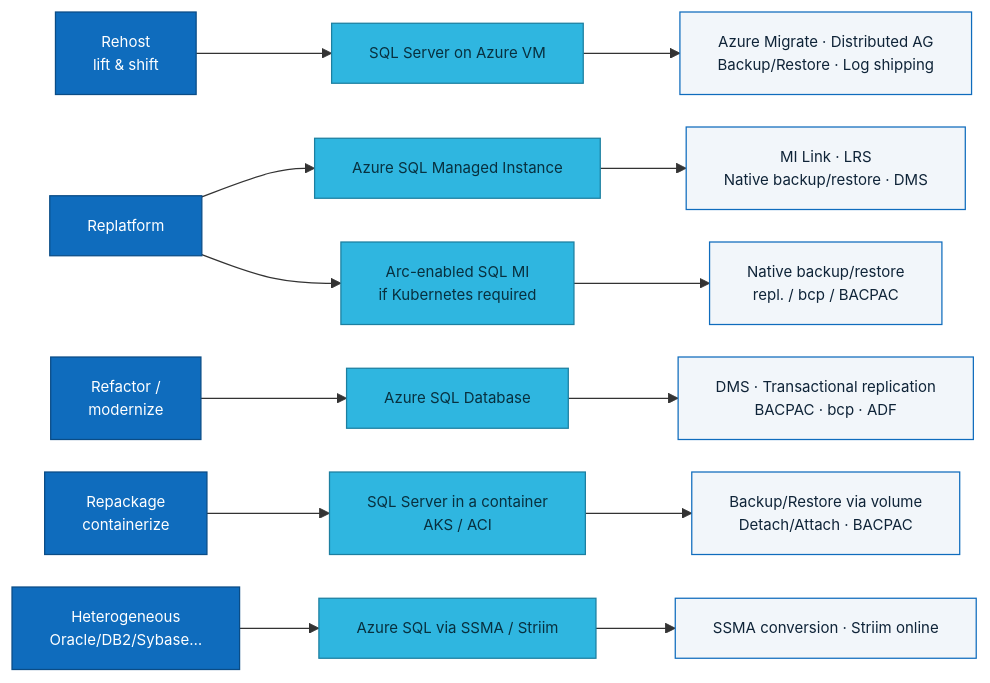
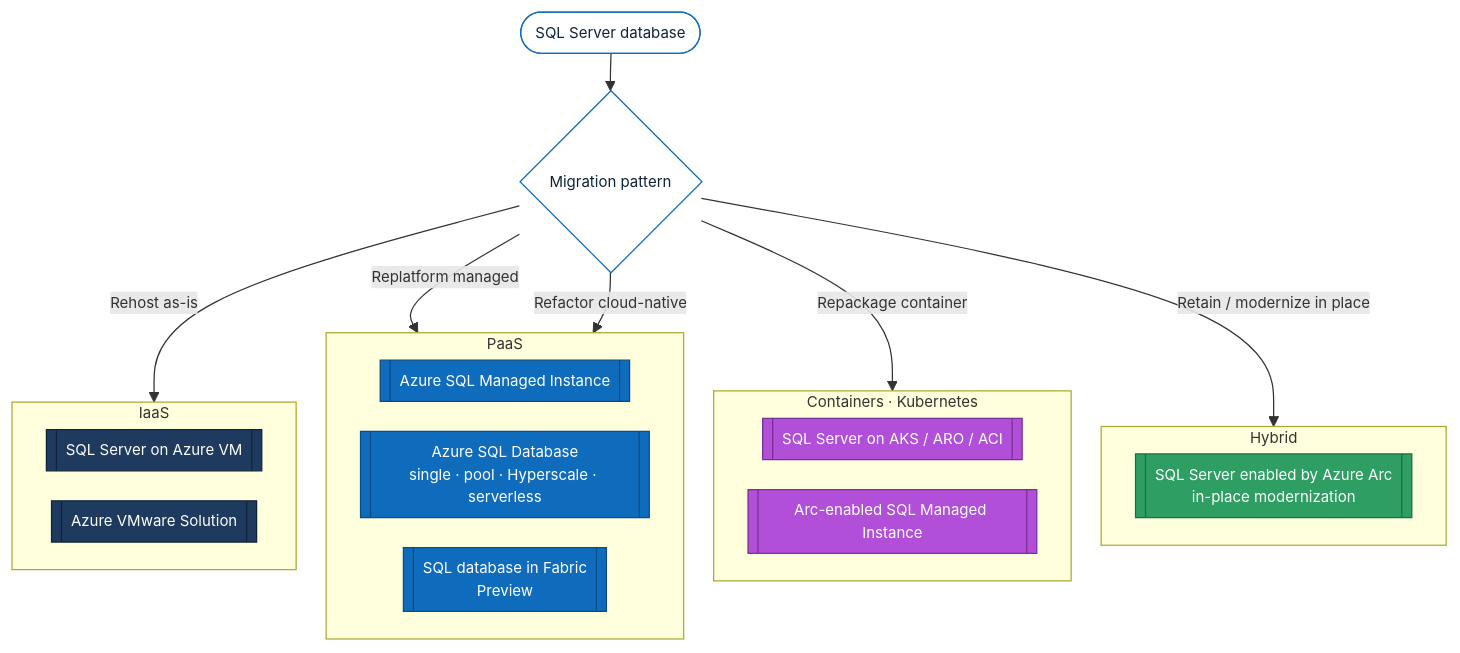
Before and after one commit to fredgis/FY27SQLMotion: the second of 3 diagrams in docs/sql-server-to-azure-migration.md, drawn with Mermaid. The commit also changed other lines of this file, not shown here.

First line of the commit message:
docs: major rewrite of SQL-to-Azure migration reference per expert audits

````diff
--- a/docs/sql-server-to-azure-migration.md
+++ b/docs/sql-server-to-azure-migration.md
@@ -148,24 +72,38 @@
 ```mermaid
-%%{init: {'flowchart': {'nodeSpacing': 26, 'rankSpacing': 60}, 'themeVariables': {'fontSize': '12px'}}}%%
-flowchart LR
-    R1[Rehost<br/>lift &amp; shift] --> T1[SQL Server on Azure VM]
-    R2[Replatform] --> T2[Azure SQL Managed Instance]
-    R2 --> T2b[Arc-enabled SQL MI<br/>if Kubernetes required]
-    R3[Refactor /<br/>modernize] --> T3[Azure SQL Database]
-    R4[Repackage<br/>containerize] --> T4[SQL Server in a container<br/>AKS / ACI]
-    R5[Heterogeneous<br/>Oracle/DB2/Sybase…] --> T5[Azure SQL via SSMA / Striim]
+%%{init: {'flowchart': {'nodeSpacing': 24, 'rankSpacing': 30}, 'themeVariables': {'fontSize': '12px'}}}%%
+flowchart TD
+    A([SQL Server database]) --> P{Migration pattern}
+    P -->|Rehost as-is| IAAS
+    P -->|Replatform managed| PAAS
+    P -->|Refactor cloud-native| PAAS
+    P -->|Repackage container| CON
+    P -->|Retain / modernize in place| HYB
 
-    T1 --> M1[Azure Migrate · Distributed AG<br/>Backup/Restore · Log shipping]
-    T2 --> M2[MI Link · LRS<br/>Native backup/restore · DMS]
-    T2b --> M2b[Native backup/restore<br/>repl. / bcp / BACPAC]
-    T3 --> M3[DMS · Transactional replication<br/>BACPAC · bcp · ADF]
-    T4 --> M4[Backup/Restore via volume<br/>Detach/Attach · BACPAC]
-    T5 --> M5[SSMA conversion · Striim online]
+    subgraph IAAS["IaaS"]
+        VM[[SQL Server on Azure VM]]
+        AVS[[Azure VMware Solution]]
+    end
+    subgraph PAAS["PaaS"]
+        MI[[Azure SQL Managed Instance]]
+        DB[[Azure SQL Database<br/>single · pool · Hyperscale · serverless]]
+        FAB[[SQL database in Fabric<br/>Preview]]
+    end
+    subgraph CON["Containers · Kubernetes"]
+        K8S[[SQL Server on AKS / ARO / ACI]]
+        ARCMI[[Arc-enabled SQL Managed Instance]]
+    end
+    subgraph HYB["Hybrid"]
+        ARCSRV[[SQL Server enabled by Azure Arc<br/>in-place modernization]]
+    end
 
-    classDef r fill:#0F6CBD,stroke:#0A4C86,color:#fff;
-    classDef t fill:#2FB6E0,stroke:#1C7FA0,color:#08303f;
-    classDef m fill:#F2F6FA,stroke:#0F6CBD,color:#0F2438;
-    class R1,R2,R3,R4,R5 r;
-    class T1,T2,T2b,T3,T4,T5 t;
-    class M1,M2,M2b,M3,M4,M5 m;
+    classDef iaas fill:#1F3A5F,stroke:#0F2438,color:#fff;
+    classDef paas fill:#0F6CBD,stroke:#0A4C86,color:#fff;
+    classDef con fill:#B14FD8,stroke:#7A2E97,color:#fff;
+    classDef hyb fill:#2E9E63,stroke:#1F6B43,color:#fff;
+    classDef s fill:#fff,stroke:#0F6CBD,color:#0F2438;
+    class A,P s;
+    class VM,AVS iaas;
+    class MI,DB,FAB paas;
+    class K8S,ARCMI con;
+    class ARCSRV hyb;
 ```
````
